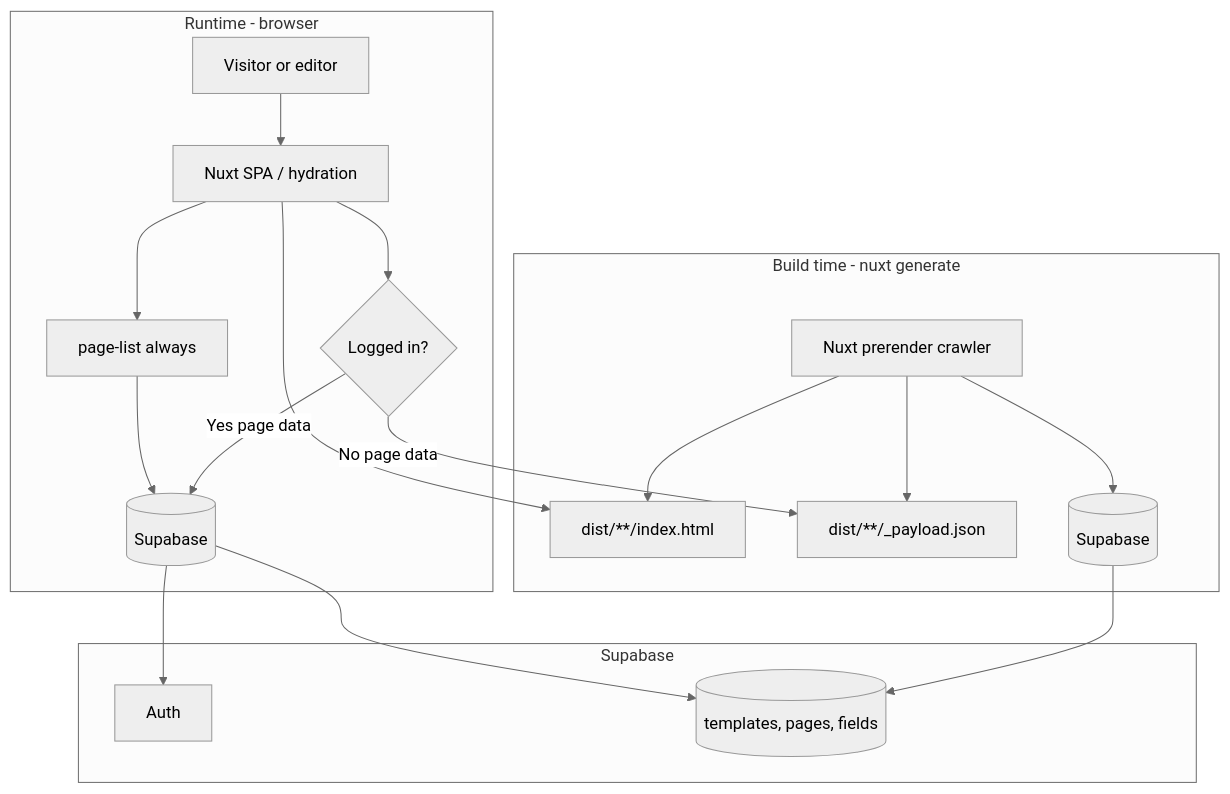
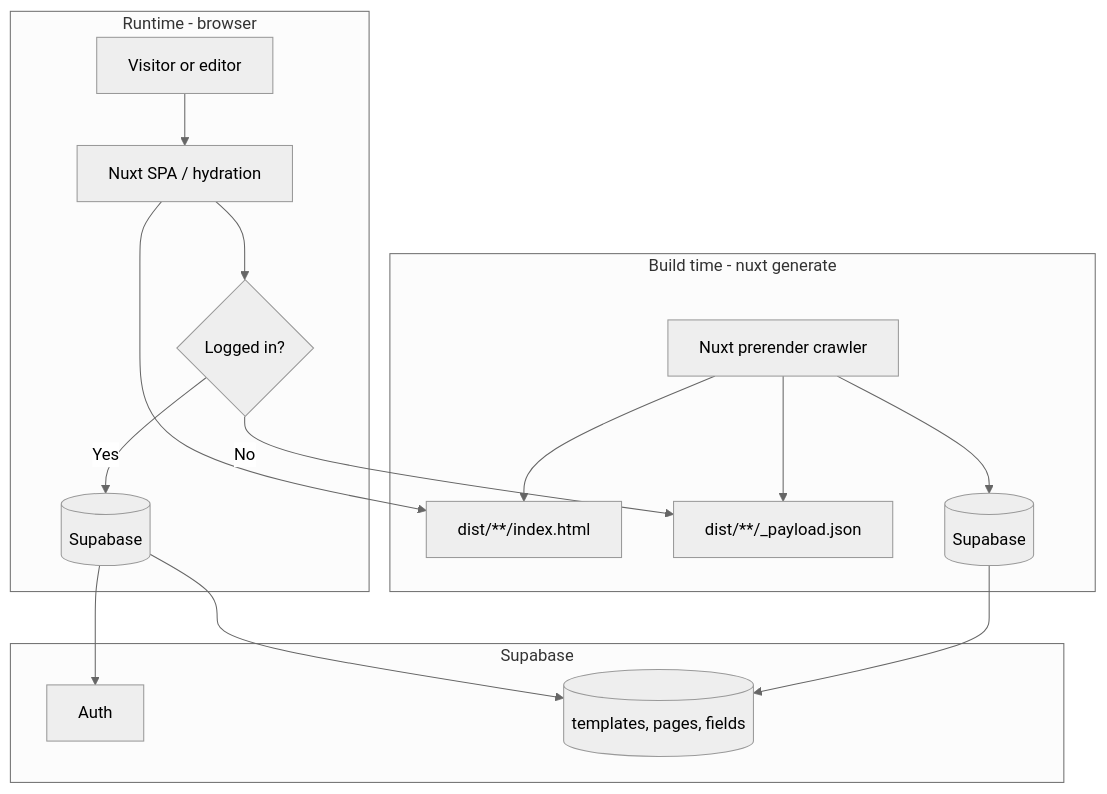
Before and after one commit to Bohdan-Anderson/ghots-nuxt-cms: the diagram in docs/dev/architecture.md, drawn with Mermaid (neutral theme). The commit also changed other lines of this file and 41 other files, not shown here.

````diff
--- a/docs/dev/architecture.md
+++ b/docs/dev/architecture.md
@@ -15,30 +20,28 @@
 ```mermaid
 flowchart TB
   subgraph build [Build time - nuxt generate]
     Gen[Nuxt prerender crawler]
     Gen --> HTML[dist/**/index.html]
     Gen --> Payload[dist/**/_payload.json]
     Gen --> SB1[(Supabase)]
   end
 
   subgraph runtime [Runtime - browser]
     User[Visitor or editor]
     User --> Nuxt[Nuxt SPA / hydration]
     Nuxt --> Cache{Logged in?}
-    Cache -->|No page data| Payload
-    Cache -->|Yes page data| SB2[(Supabase)]
-    Nuxt --> NavList[page-list always]
-    NavList --> SB2
+    Cache -->|No| Payload
+    Cache -->|Yes| SB2[(Supabase)]
     Nuxt --> HTML
   end
 
   subgraph supabase [Supabase]
     SB1
     SB2
     Auth[Auth]
     DB[(templates, pages, fields)]
     SB1 --> DB
     SB2 --> DB
     SB2 --> Auth
   end
 ```
````
